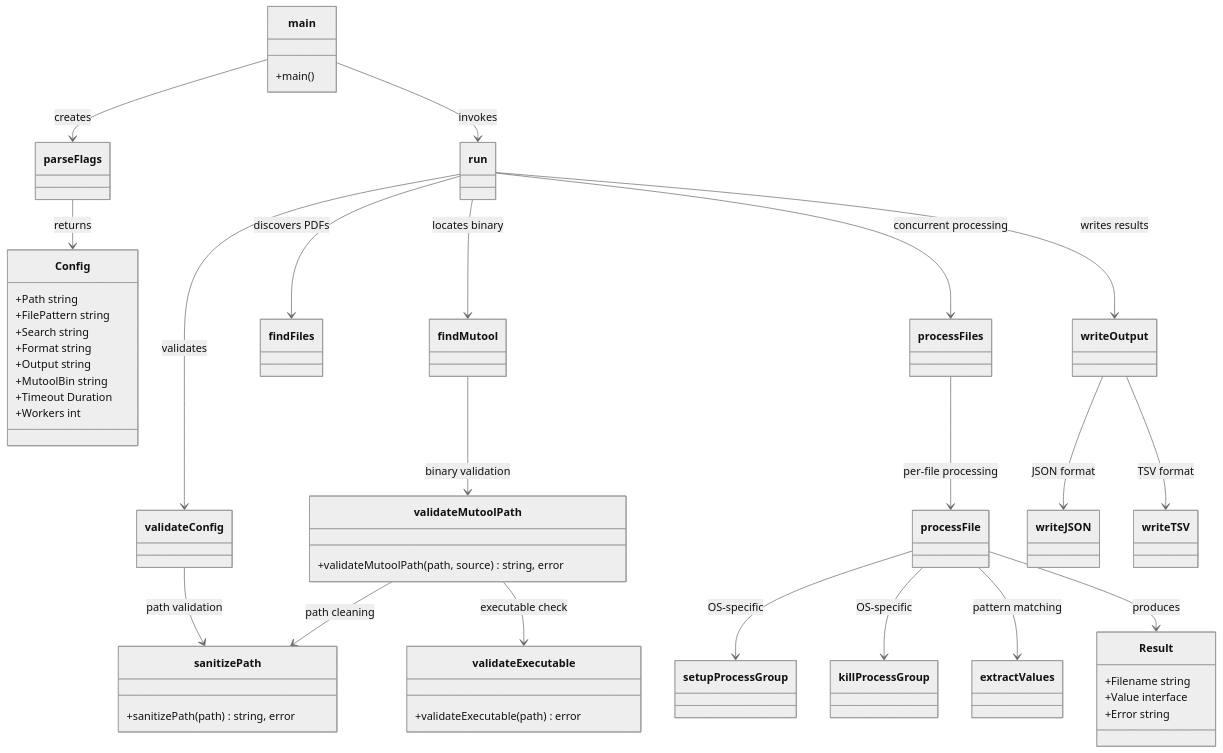
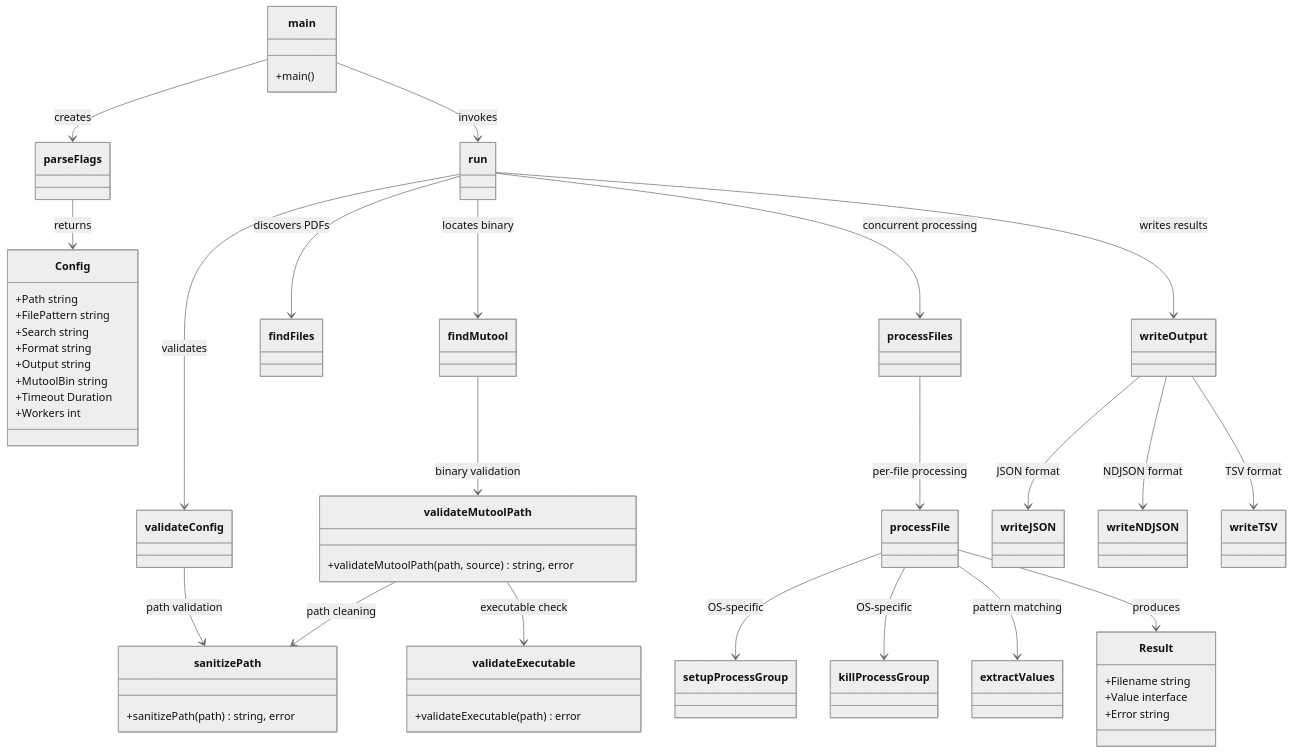
The third of 6 diagrams in ARCHITECTURE.md (edsilegxrepo/pdf-extractor), drawn with Mermaid (neutral theme) before and after one commit. The commit also changed other lines of this file and 5 other files, not shown here.

Commit message:
feat: New JSON output format (default)

````diff
--- a/ARCHITECTURE.md
+++ b/ARCHITECTURE.md
@@ -211,54 +205,55 @@
 ```mermaid
 classDiagram
     class main {
         +main()
     }
     class Config {
         +Path string
         +FilePattern string
         +Search string
         +Format string
         +Output string
         +MutoolBin string
         +Timeout Duration
         +Workers int
     }
     class Result {
         +Filename string
         +Value interface
         +Error string
     }
     
     main --> parseFlags : creates
     main --> run : invokes
     parseFlags --> Config : returns
     run --> validateConfig : validates
     run --> findMutool : locates binary
     run --> findFiles : discovers PDFs
     run --> processFiles : concurrent processing
     run --> writeOutput : writes results
     
     validateConfig --> sanitizePath : path validation
     findMutool --> validateMutoolPath : binary validation
     validateMutoolPath --> sanitizePath : path cleaning
     validateMutoolPath --> validateExecutable : executable check
     
     processFiles --> processFile : per-file processing
     processFile --> setupProcessGroup : OS-specific
     processFile --> killProcessGroup : OS-specific
     processFile --> extractValues : pattern matching
     processFile --> Result : produces
     
     writeOutput --> writeJSON : JSON format
+    writeOutput --> writeNDJSON : NDJSON format
     writeOutput --> writeTSV : TSV format
 
     class sanitizePath {
         +sanitizePath(path) string, error
     }
     class validateExecutable {
         +validateExecutable(path) error
     }
     class validateMutoolPath {
         +validateMutoolPath(path, source) string, error
     }
 ```
````
